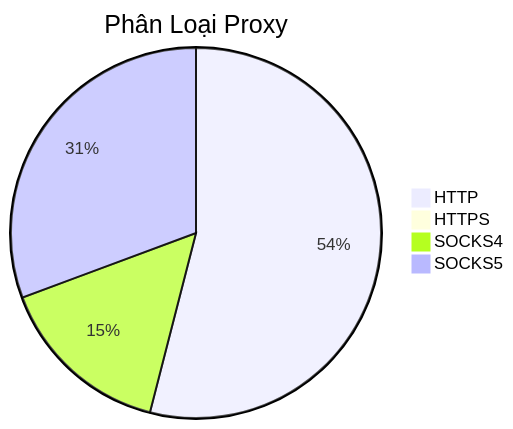
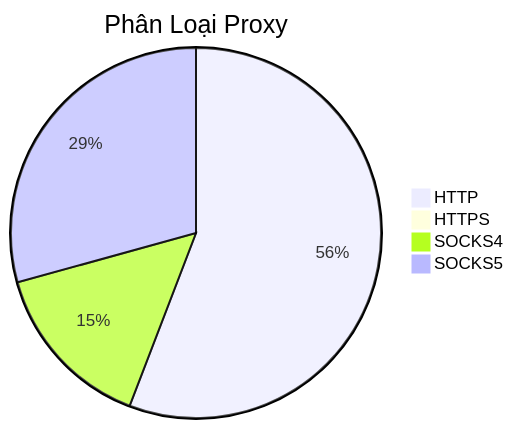
The diagram in README.md (Ciara-12/PROXY-free), drawn with Mermaid before and after one commit. The commit also changed other lines of this file and 4 other files, not shown here.

````diff
--- a/README.md
+++ b/README.md
@@ -26,7 +26,7 @@
 ```mermaid
 pie title Phân Loại Proxy
-    "HTTP" : 560
-    "HTTPS" : 3
-    "SOCKS4" : 159
-    "SOCKS5" : 318
+    "HTTP" : 608
+    "HTTPS" : 5
+    "SOCKS4" : 162
+    "SOCKS5" : 319
 ```
````
